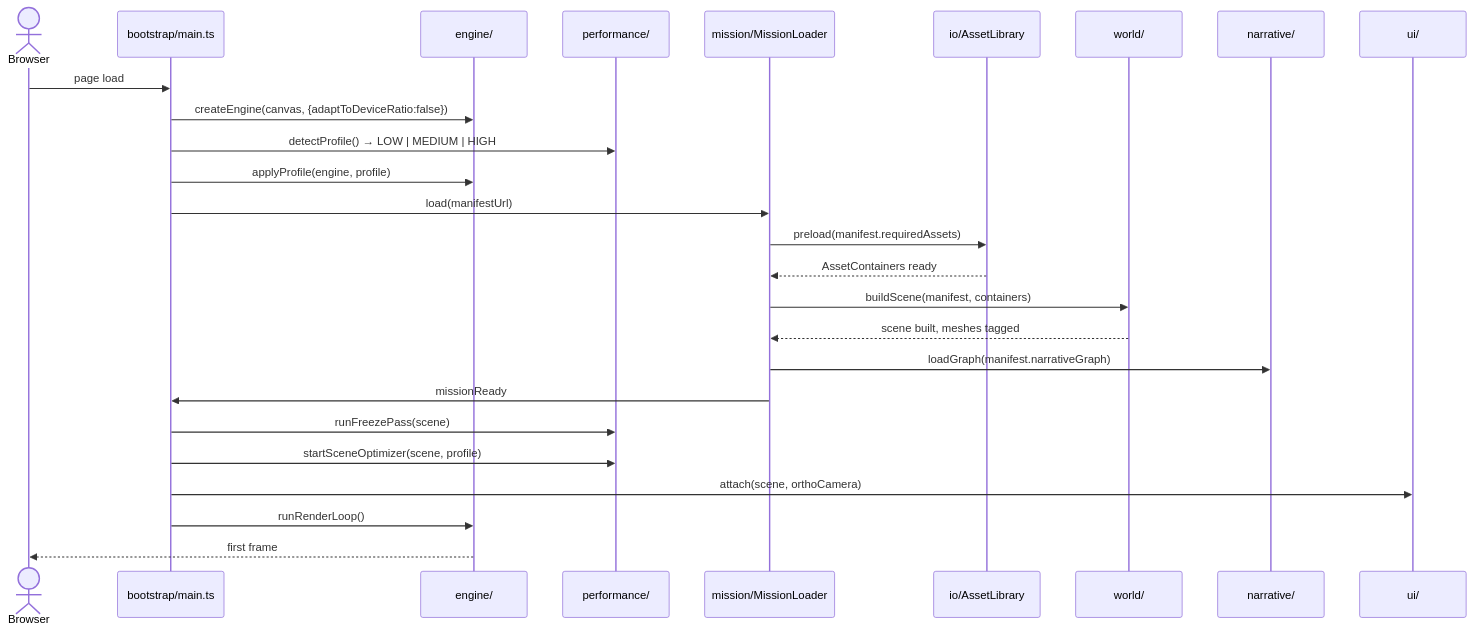
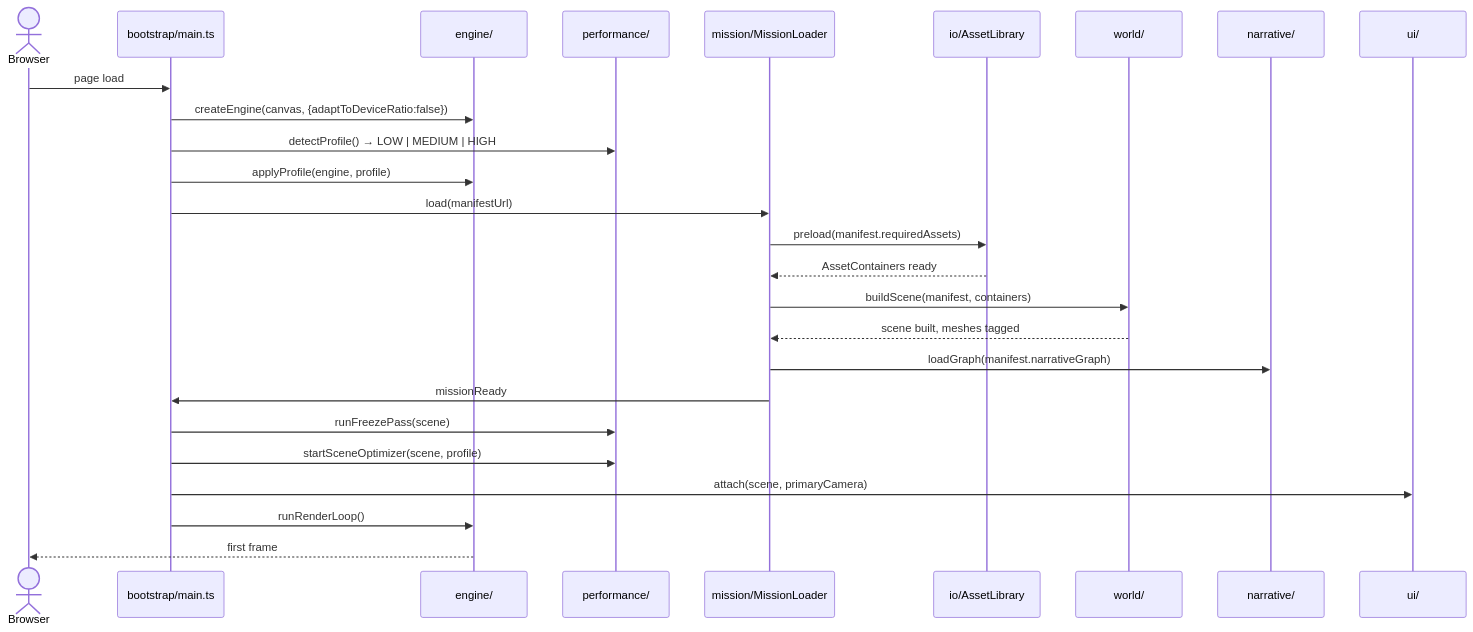
One commit to royceshannon2-blip/Witness-Interactive-3D changed the third of 6 diagrams in ARCHITECTURE.md. Above: the diagram before and after it, drawn with Mermaid. The commit also changed other lines of this file and 234 other files, not shown here.

````diff
--- a/ARCHITECTURE.md
+++ b/ARCHITECTURE.md
@@ -126,29 +123,29 @@
 ```mermaid
 sequenceDiagram
   actor Browser
   participant BS as bootstrap/main.ts
   participant Eng as engine/
   participant Perf as performance/
   participant Mis as mission/MissionLoader
   participant IO as io/AssetLibrary
   participant World as world/
   participant Narr as narrative/
   participant UI as ui/
 
   Browser->>BS: page load
   BS->>Eng: createEngine(canvas, {adaptToDeviceRatio:false})
   BS->>Perf: detectProfile() → LOW | MEDIUM | HIGH
   BS->>Eng: applyProfile(engine, profile)
   BS->>Mis: load(manifestUrl)
   Mis->>IO: preload(manifest.requiredAssets)
   IO-->>Mis: AssetContainers ready
   Mis->>World: buildScene(manifest, containers)
   World-->>Mis: scene built, meshes tagged
   Mis->>Narr: loadGraph(manifest.narrativeGraph)
   Mis->>BS: missionReady
   BS->>Perf: runFreezePass(scene)
   BS->>Perf: startSceneOptimizer(scene, profile)
-  BS->>UI: attach(scene, orthoCamera)
+  BS->>UI: attach(scene, primaryCamera)
   BS->>Eng: runRenderLoop()
   Eng-->>Browser: first frame
 ```
````
